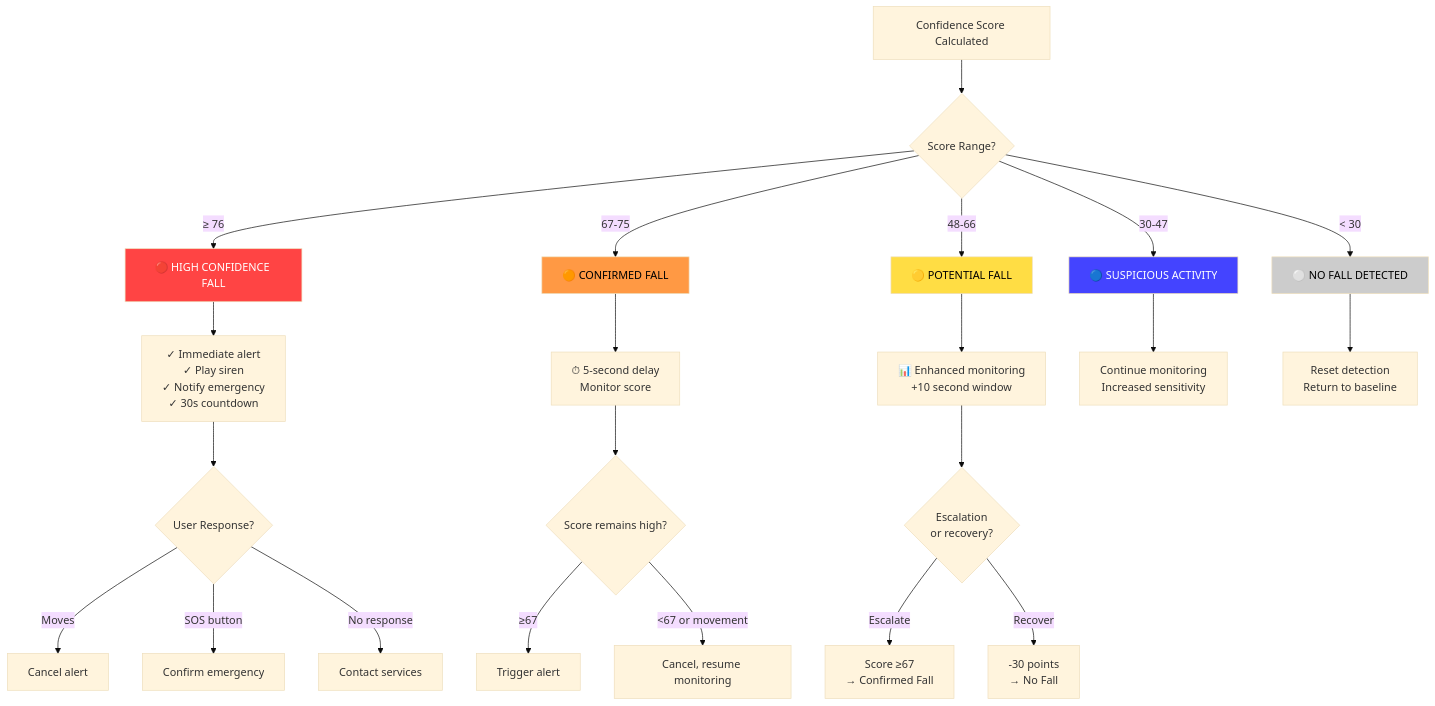
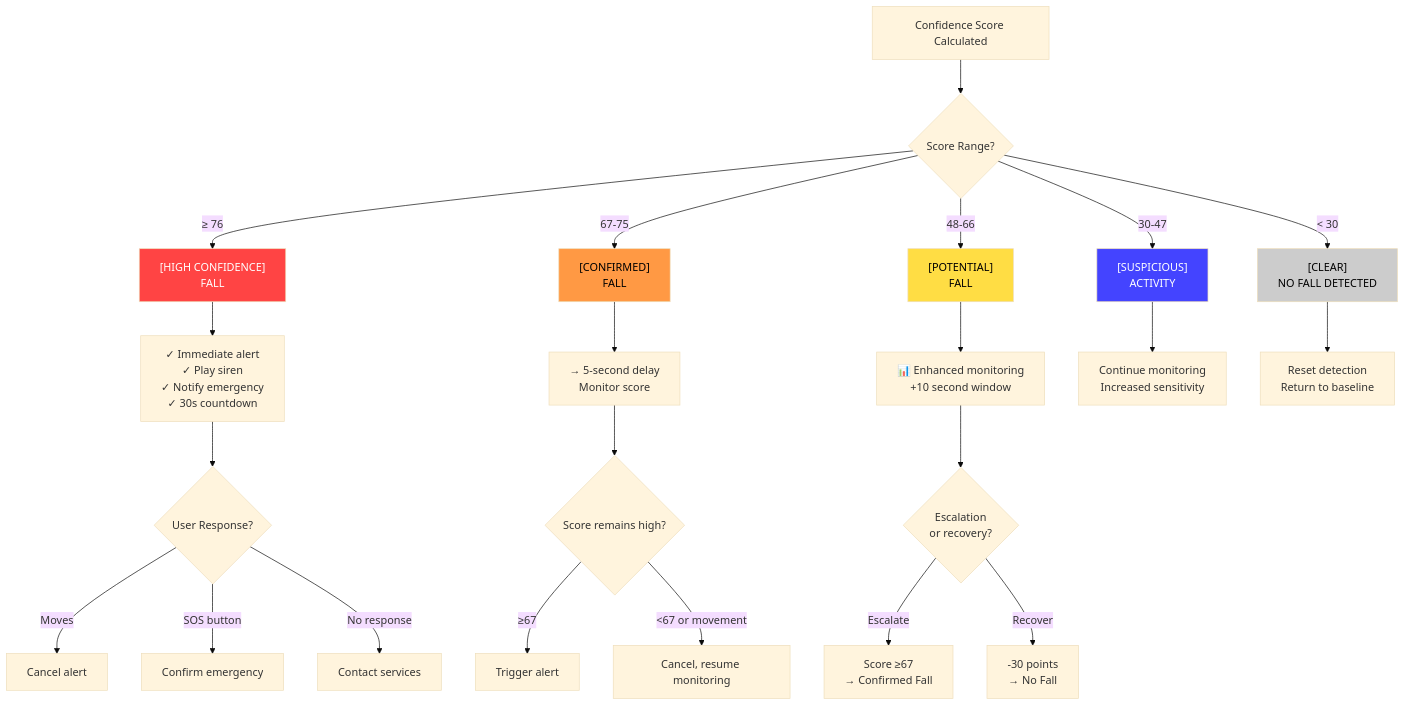
The first of 3 diagrams in docs/algorithm/confidence-scoring.md (Smart-Fall/Hardware), drawn with Mermaid (base theme) before and after one commit. The commit also changed other lines of this file and 71 other files, not shown here.

````diff
--- a/docs/algorithm/confidence-scoring.md
+++ b/docs/algorithm/confidence-scoring.md
@@ -106,36 +106,36 @@
 ```mermaid
 graph TD
     A["Confidence Score Calculated"] --> B{Score Range?}
 
-    B -->|≥ 76| C["🔴 HIGH CONFIDENCE FALL"]
-    B -->|67-75| D["🟠 CONFIRMED FALL"]
-    B -->|48-66| E["🟡 POTENTIAL FALL"]
-    B -->|30-47| F["🔵 SUSPICIOUS ACTIVITY"]
-    B -->|&lt; 30| G["⚪ NO FALL DETECTED"]
+    B -->|≥ 76| C["[HIGH CONFIDENCE]<br/>FALL"]
+    B -->|67-75| D["[CONFIRMED]<br/>FALL"]
+    B -->|48-66| E["[POTENTIAL]<br/>FALL"]
+    B -->|30-47| F["[SUSPICIOUS]<br/>ACTIVITY"]
+    B -->|&lt; 30| G["[CLEAR]<br/>NO FALL DETECTED"]
 
     C --> C1["✓ Immediate alert<br/>✓ Play siren<br/>✓ Notify emergency<br/>✓ 30s countdown"]
     C1 --> C2{User Response?}
     C2 -->|Moves| C3["Cancel alert"]
     C2 -->|SOS button| C4["Confirm emergency"]
     C2 -->|No response| C5["Contact services"]
 
-    D --> D1["⏱ 5-second delay<br/>Monitor score"]
+    D --> D1["→ 5-second delay<br/>Monitor score"]
     D1 --> D2{Score remains high?}
     D2 -->|≥67| D3["Trigger alert"]
     D2 -->|&lt;67 or movement| D4["Cancel, resume monitoring"]
 
     E --> E1["📊 Enhanced monitoring<br/>+10 second window"]
     E1 --> E2{Escalation<br/>or recovery?}
     E2 -->|Escalate| E3["Score ≥67<br/>→ Confirmed Fall"]
     E2 -->|Recover| E4["-30 points<br/>→ No Fall"]
 
     F --> F1["Continue monitoring<br/>Increased sensitivity"]
 
     G --> G1["Reset detection<br/>Return to baseline"]
 
     style C fill:#ff4444,color:#fff
     style D fill:#ff9944,color:#000
     style E fill:#ffdd44,color:#000
     style F fill:#4444ff,color:#fff
     style G fill:#cccccc,color:#000
 ```
````
